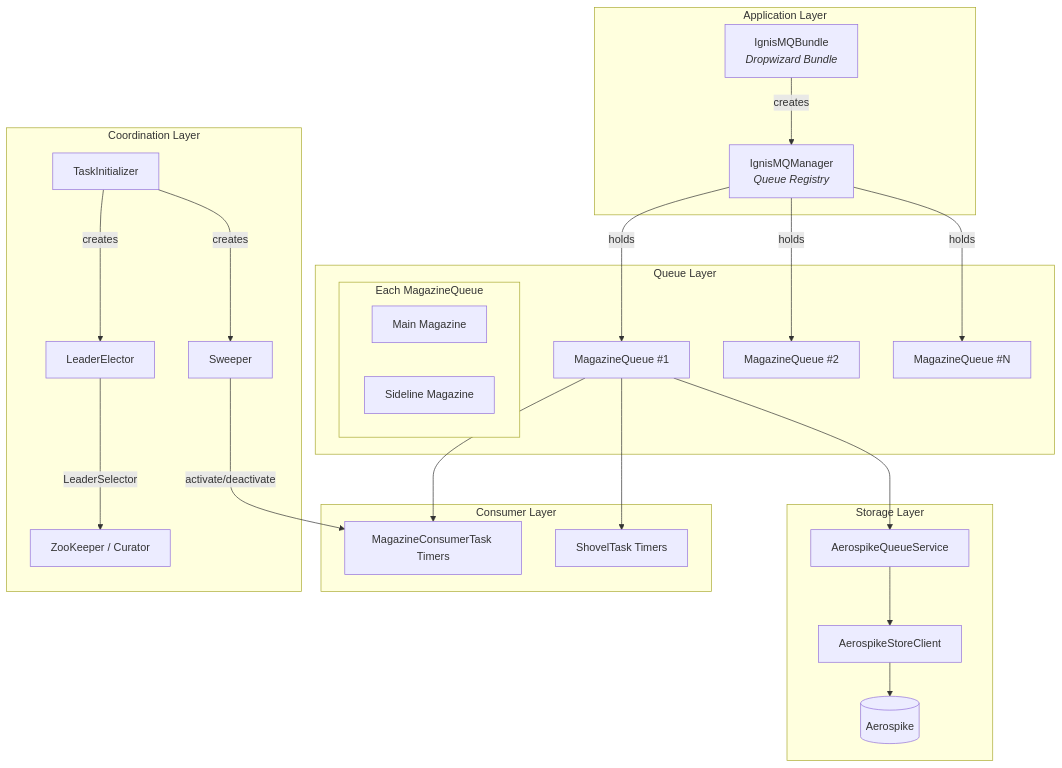
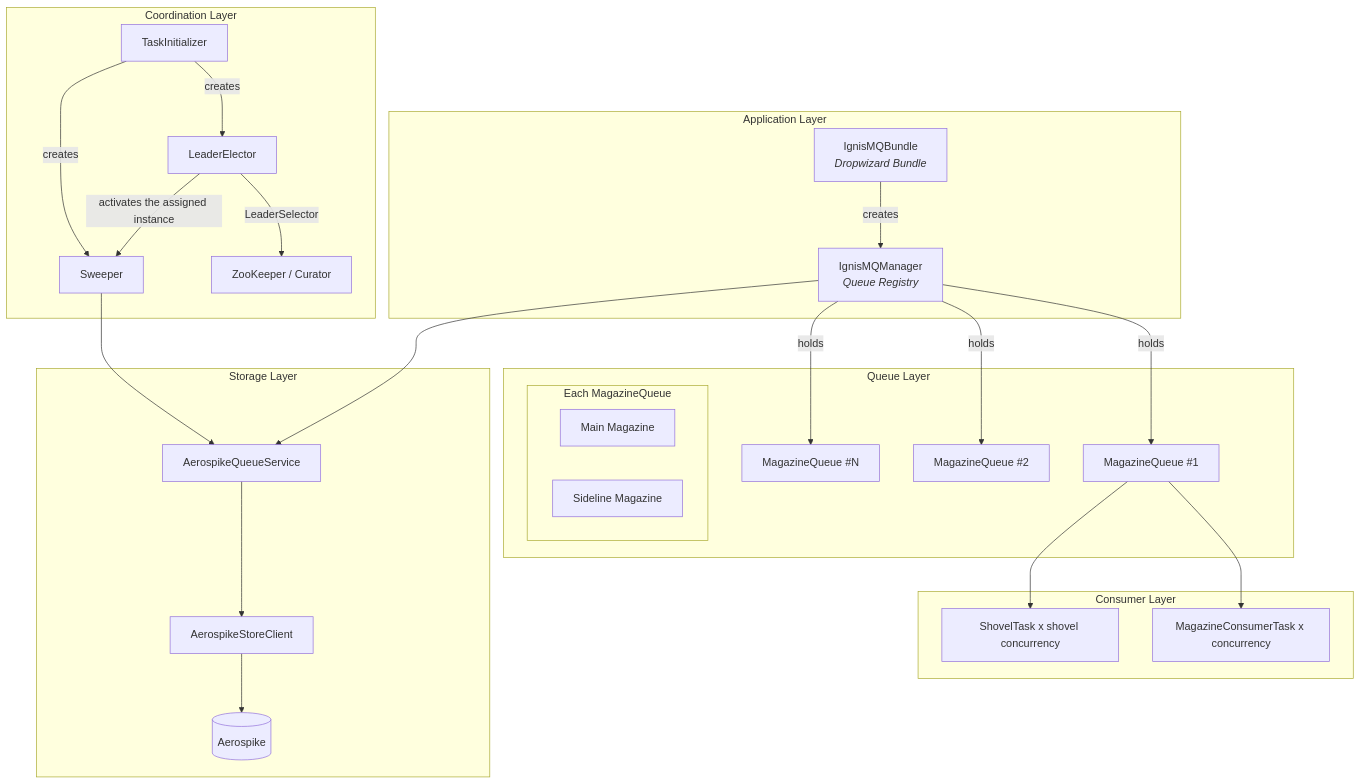
Before and after one commit to PhonePe/IgnisMQ: the first of 10 diagrams in docs/docs/architecture.md, drawn with Mermaid. The commit also changed other lines of this file and 39 other files, not shown here.

````diff
--- a/docs/docs/architecture.md
+++ b/docs/docs/architecture.md
@@ -11,49 +11,50 @@
 ```mermaid
 graph TB
     subgraph Application Layer
         A[IgnisMQBundle<br/><i>Dropwizard Bundle</i>]
         B[IgnisMQManager<br/><i>Queue Registry</i>]
     end
 
     subgraph Queue Layer
         C1[MagazineQueue #1]
         C2[MagazineQueue #2]
         CN[MagazineQueue #N]
         subgraph "Each MagazineQueue"
             MQ_MAIN[Main Magazine]
             MQ_SIDE[Sideline Magazine]
         end
     end
 
     subgraph Consumer Layer
-        D1[MagazineConsumerTask Timers]
-        D2[ShovelTask Timers]
+        D1[MagazineConsumerTask x concurrency]
+        D2[ShovelTask x shovel concurrency]
     end
 
     subgraph Coordination Layer
         E1[TaskInitializer]
         E2[LeaderElector]
         E3[Sweeper]
         E4[ZooKeeper / Curator]
     end
 
     subgraph Storage Layer
         F1[AerospikeQueueService]
         F2[AerospikeStoreClient]
         F3[(Aerospike)]
     end
 
     A -->|creates| B
     B -->|holds| C1
     B -->|holds| C2
     B -->|holds| CN
     C1 --> D1
     C1 --> D2
     E1 -->|creates| E2
     E1 -->|creates| E3
     E2 -->|LeaderSelector| E4
-    E3 -->|activate/deactivate| D1
-    C1 --> F1
+    E2 -->|activates the assigned instance| E3
+    B --> F1
+    E3 --> F1
     F1 --> F2
     F2 --> F3
 ```
````
